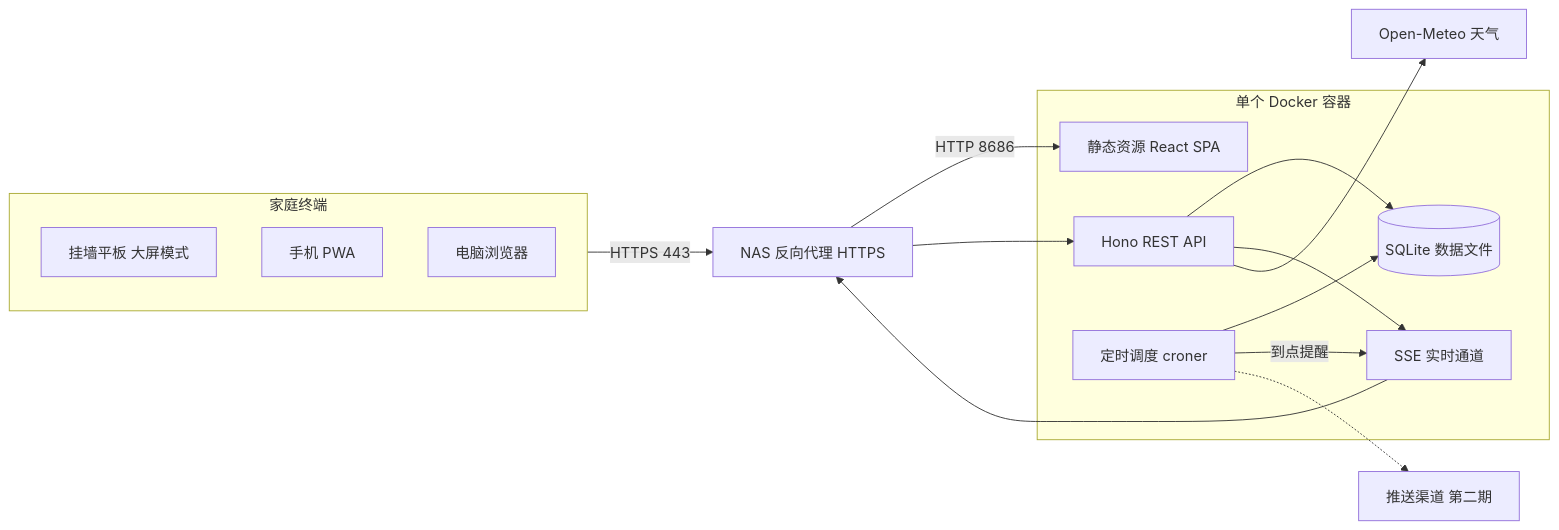
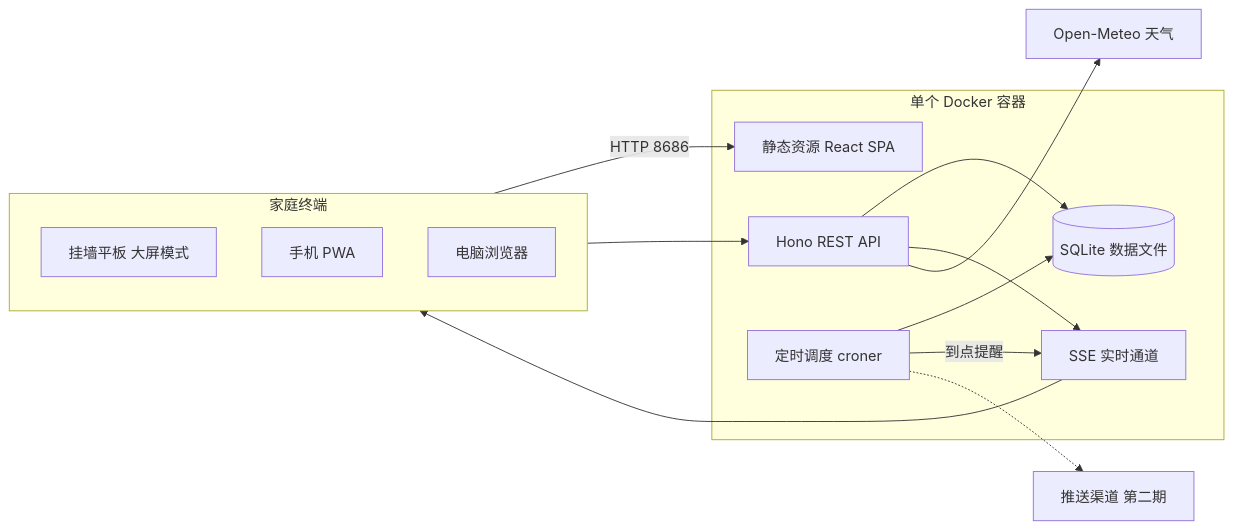
The first of 5 diagrams in docs/TECH_DESIGN.md (dddyszy/family-dashboard), drawn with Mermaid before and after one commit. The commit also changed other lines of this file and 7 other files, not shown here.

````diff
--- a/docs/TECH_DESIGN.md
+++ b/docs/TECH_DESIGN.md
@@ -107,29 +107,27 @@
 ```mermaid
 flowchart LR
     subgraph clients [家庭终端]
         Tablet["挂墙平板 大屏模式"]
         Phone["手机 PWA"]
         PC["电脑浏览器"]
     end
-    Proxy["NAS 反向代理 HTTPS"]
     subgraph container [单个 Docker 容器]
         Static["静态资源 React SPA"]
         Api["Hono REST API"]
         Sse["SSE 实时通道"]
         Cron["定时调度 croner"]
         Db[("SQLite 数据文件")]
     end
     Weather["Open-Meteo 天气"]
     PushLater["推送渠道 第二期"]
 
-    clients -->|"HTTPS 443"| Proxy
-    Proxy -->|"HTTP 8686"| Static
-    Proxy --> Api
-    Sse --> Proxy
+    clients -->|"HTTP 8686"| Static
+    clients --> Api
+    Sse --> clients
     Api --> Db
     Api --> Sse
     Cron --> Db
     Cron -->|"到点提醒"| Sse
     Cron -.-> PushLater
     Api --> Weather
 ```
````
